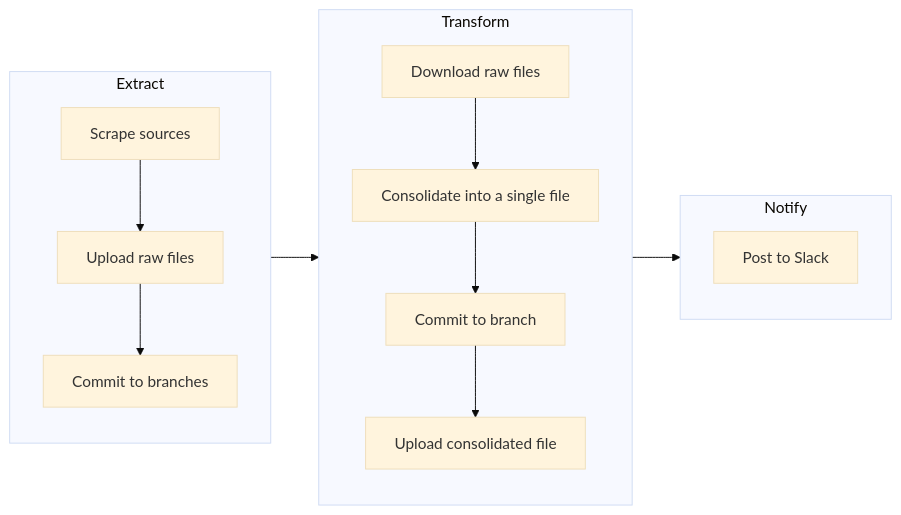
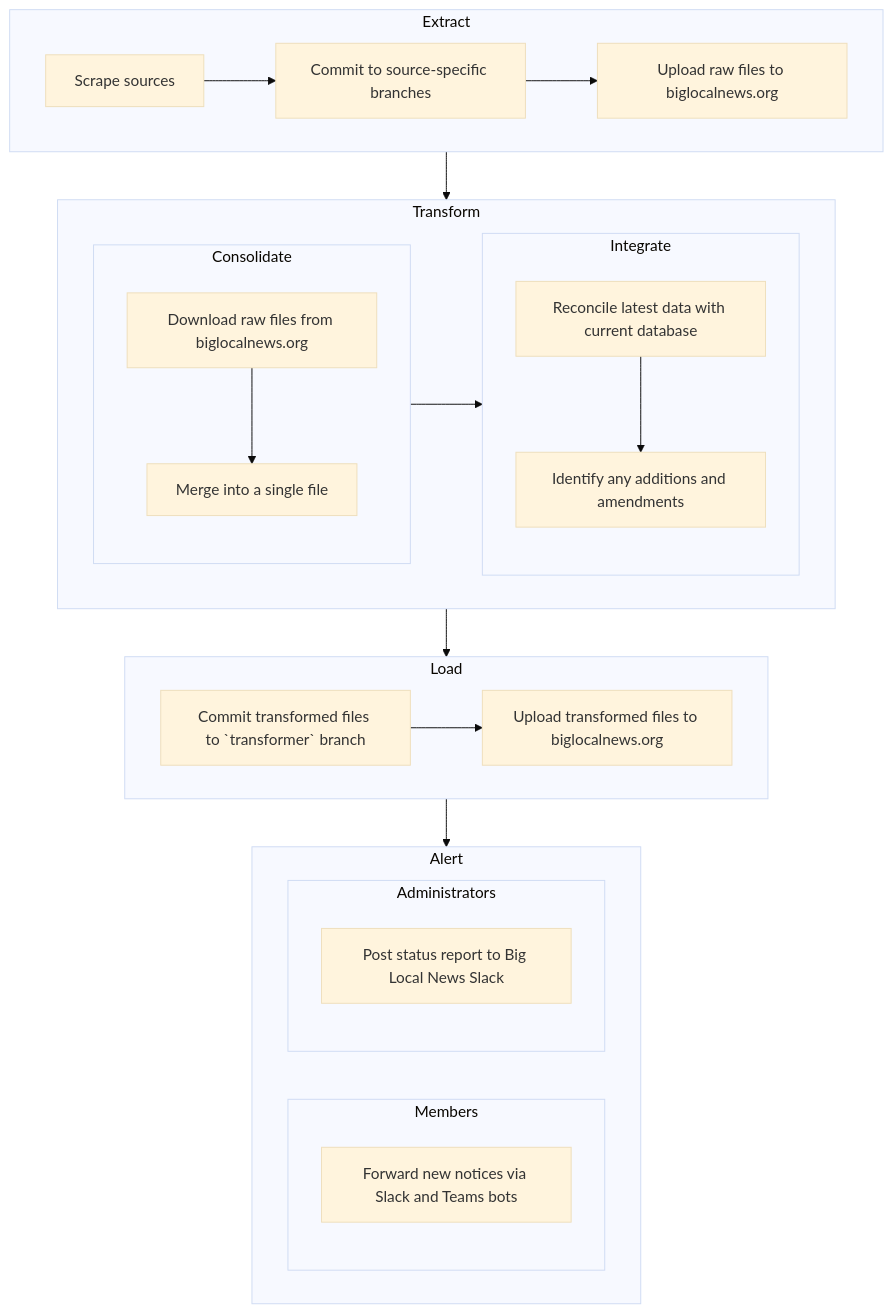
Before and after one commit to biglocalnews/warn-github-flow: the diagram in README.md, drawn with Mermaid (base theme). The commit also changed other lines of this file and 15 other files, not shown here.

````diff
--- a/README.md
+++ b/README.md
@@ -12,17 +12,31 @@
 ```mermaid
-flowchart LR
+flowchart TB
     subgraph Extract
-    A[Scrape sources] --> B[Upload raw files]
-    B --> C[Commit to branches]
+    A[Scrape sources] --> B[Commit to source-specific branches]
+    B --> C[Upload raw files to biglocalnews.org]
     end
     subgraph Transform
-    D[Download raw files] --> E[Consolidate into a single file]
-    E --> F[Commit to branch]
-    F --> G[Upload consolidated file]
+    subgraph Consolidate
+    D[Download raw files from biglocalnews.org] --> E[Merge into a single file]
     end
-    subgraph Notify
-    H[Post to Slack]
+    subgraph Integrate
+        F[Reconcile latest data with current database]
+        F --> G[Identify any additions and amendments]
+    end
+    end
+    subgraph Load
+    H[Commit transformed files to `transformer` branch] --> I[Upload transformed files to biglocalnews.org]
+    end
+    subgraph Alert
+    subgraph Members
+    L[Forward new notices via Slack and Teams bots]
+    end
+    subgraph Administrators
+    J[Post status report to Big Local News Slack]
+    end
     end
     Extract --> Transform
-    Transform --> Notify
+    Consolidate --> Integrate
+    Transform --> Load
+    Load --> Alert
 ```
````
